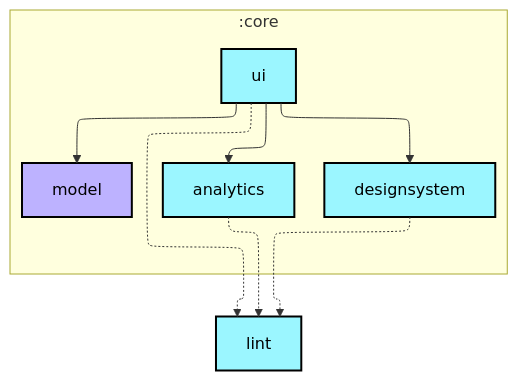
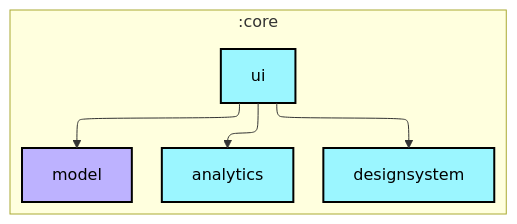
The first of 2 diagrams in core/ui/README.md (android/nowinandroid), drawn with Mermaid before and after one commit. The commit also changed 30 other files, not shown here.

````diff
--- a/core/ui/README.md
+++ b/core/ui/README.md
@@ -6,31 +6,27 @@
 ```mermaid
 ---
 config:
   layout: elk
   elk:
     nodePlacementStrategy: SIMPLE
 ---
 graph TB
   subgraph :core
     direction TB
     :core:analytics[analytics]:::android-library
     :core:designsystem[designsystem]:::android-library
     :core:model[model]:::jvm-library
     :core:ui[ui]:::android-library
   end
-  :lint[lint]:::android-library
 
-  :core:analytics -.-> :lint
-  :core:designsystem -.-> :lint
   :core:ui --> :core:analytics
   :core:ui --> :core:designsystem
   :core:ui --> :core:model
-  :core:ui -.-> :lint
 
 classDef android-application fill:#CAFFBF,stroke:#000,stroke-width:2px,color:#000;
 classDef android-feature fill:#FFD6A5,stroke:#000,stroke-width:2px,color:#000;
 classDef android-library fill:#9BF6FF,stroke:#000,stroke-width:2px,color:#000;
 classDef android-test fill:#A0C4FF,stroke:#000,stroke-width:2px,color:#000;
 classDef jvm-library fill:#BDB2FF,stroke:#000,stroke-width:2px,color:#000;
 classDef unknown fill:#FFADAD,stroke:#000,stroke-width:2px,color:#000;
 ```
````
